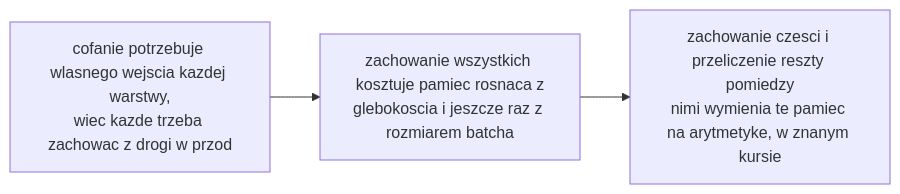
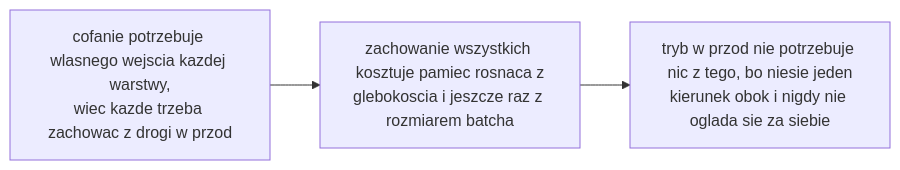
One commit to konradcinkusz/math-for-ai-engineers changed the diagram in figures/mermaid/pl/p16-keep-or-recompute.mmd. Above: the diagram before and after it, drawn with Mermaid. The commit also changed 26 other files, not shown here.

```diff
--- a/figures/mermaid/pl/p16-keep-or-recompute.mmd
+++ b/figures/mermaid/pl/p16-keep-or-recompute.mmd
@@ -1,4 +1,4 @@
 flowchart LR
   A["cofanie potrzebuje wlasnego wejscia kazdej warstwy,<br/>wiec kazde trzeba zachowac z drogi w przod"]
   A --> B["zachowanie wszystkich kosztuje pamiec rosnaca z<br/>glebokoscia i jeszcze raz z rozmiarem batcha"]
-  B --> C["zachowanie czesci i przeliczenie reszty pomiedzy<br/>nimi wymienia te pamiec na arytmetyke, w znanym kursie"]
+  B --> C["tryb w przod nie potrzebuje nic z tego, bo niesie jeden<br/>kierunek obok i nigdy nie oglada sie za siebie"]
```
